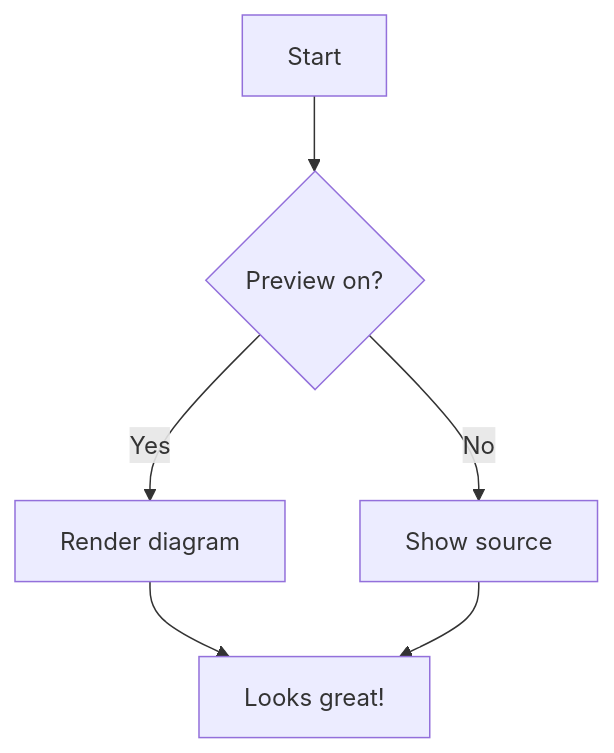
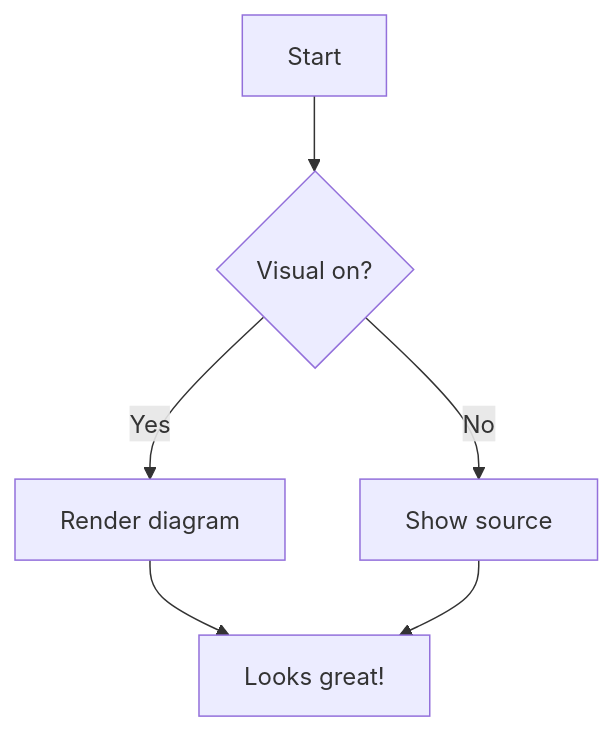
One commit to mrdanpsmith/edi changed the diagram in src/docs/welcome.md. Above: the diagram before and after it, drawn with Mermaid. The commit also changed other lines of this file and 12 other files, not shown here.

Commit message:
Update 'preview' to 'visual'. I still don't like this name, but I'll worry about it more later.

````diff
--- a/src/docs/welcome.md
+++ b/src/docs/welcome.md
@@ -14,8 +15,8 @@
 ```mermaid
 graph TD
-    A[Start] --> B{Preview on?}
+    A[Start] --> B{Visual on?}
     B -->|Yes| C[Render diagram]
     B -->|No| D[Show source]
     C --> E[Looks great!]
     D --> E
 ```
````
